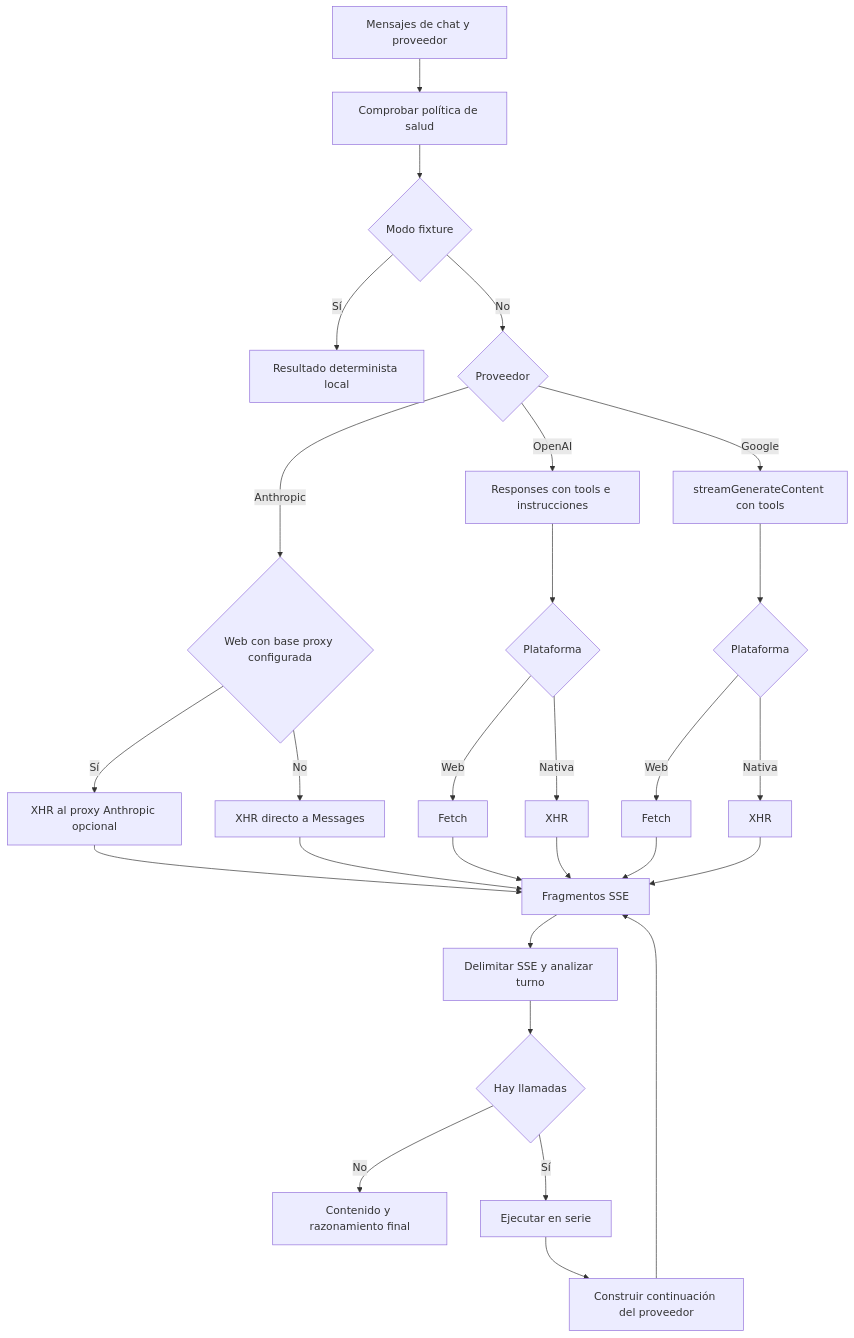
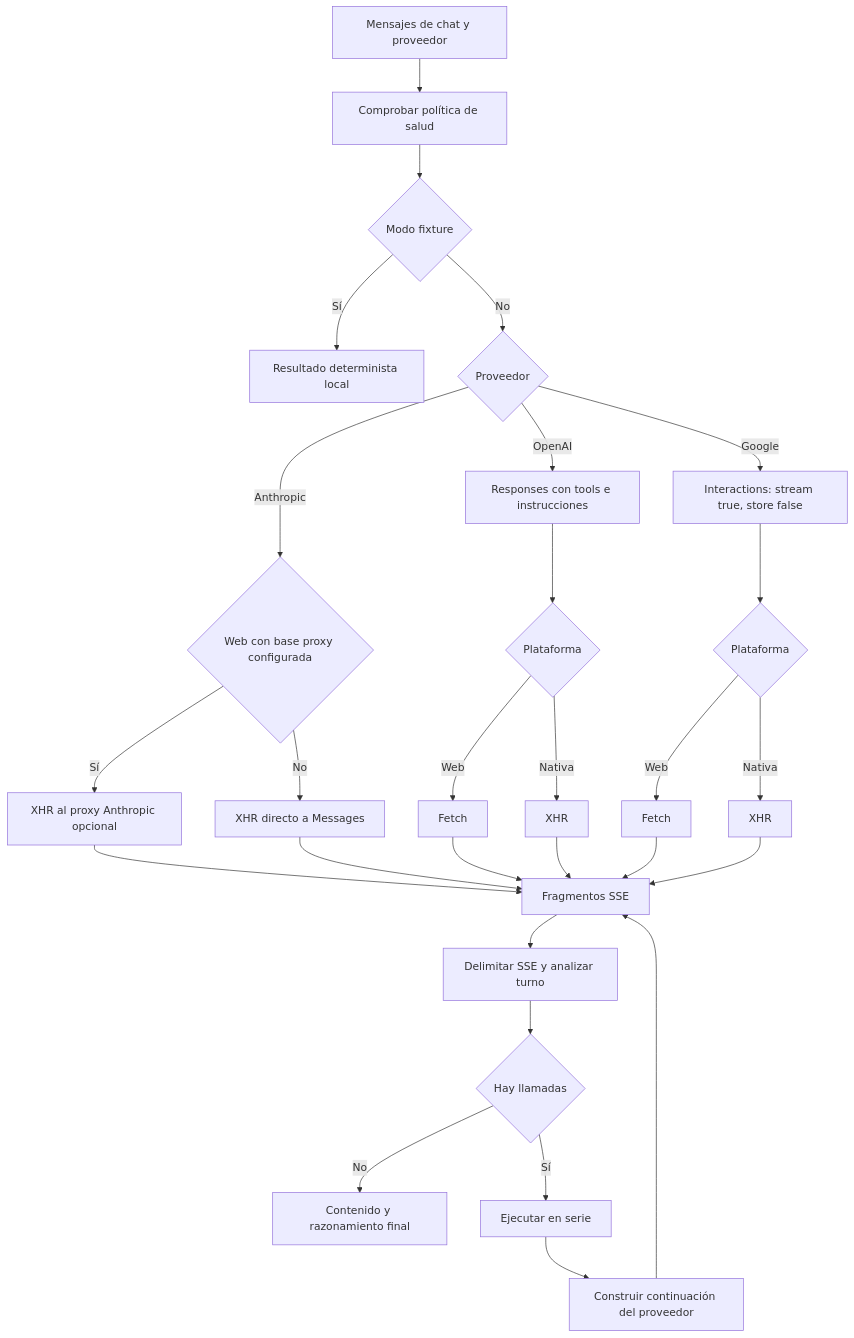
One commit to maximofn/gymnasia changed the diagram in openwiki/agent/provider-streaming.md. Above: the diagram before and after it, drawn with Mermaid. The commit also changed other lines of this file and 43 other files, not shown here.

First line of the commit message:
feat(google): migrar a Interactions con historial local completo (#211)

````diff
--- a/openwiki/agent/provider-streaming.md
+++ b/openwiki/agent/provider-streaming.md
@@ -49,30 +57,30 @@
 ```mermaid
 flowchart TD
     Start["Mensajes de chat y proveedor"] --> Policy["Comprobar política de salud"]
     Policy --> Fake{"Modo fixture"}
     Fake -->|Sí| Fixture["Resultado determinista local"]
     Fake -->|No| Branch{"Proveedor"}
     Branch -->|OpenAI| OAReq["Responses con tools e instrucciones"]
     Branch -->|Anthropic| ARoute{"Web con base proxy configurada"}
     ARoute -->|Sí| Proxy["XHR al proxy Anthropic opcional"]
     ARoute -->|No| ADirect["XHR directo a Messages"]
-    Branch -->|Google| GReq["streamGenerateContent con tools"]
+    Branch -->|Google| GReq["Interactions: stream true, store false"]
     OAReq --> OATransport{"Plataforma"}
     GReq --> GTransport{"Plataforma"}
     OATransport -->|Web| OAFetch["Fetch"]
     OATransport -->|Nativa| OAXhr["XHR"]
     GTransport -->|Web| GFetch["Fetch"]
     GTransport -->|Nativa| GXhr["XHR"]
     Proxy --> SSE["Fragmentos SSE"]
     ADirect --> SSE
     OAFetch --> SSE
     OAXhr --> SSE
     GFetch --> SSE
     GXhr --> SSE
     SSE --> Parser["Delimitar SSE y analizar turno"]
     Parser --> Calls{"Hay llamadas"}
     Calls -->|No| Result["Contenido y razonamiento final"]
     Calls -->|Sí| Tools["Ejecutar en serie"]
     Tools --> Continue["Construir continuación del proveedor"]
     Continue --> SSE
 ```
````
